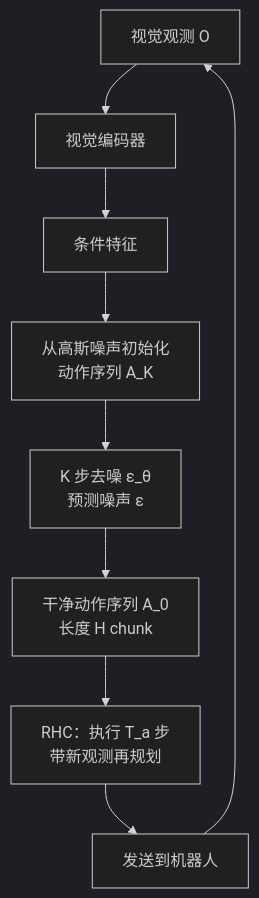
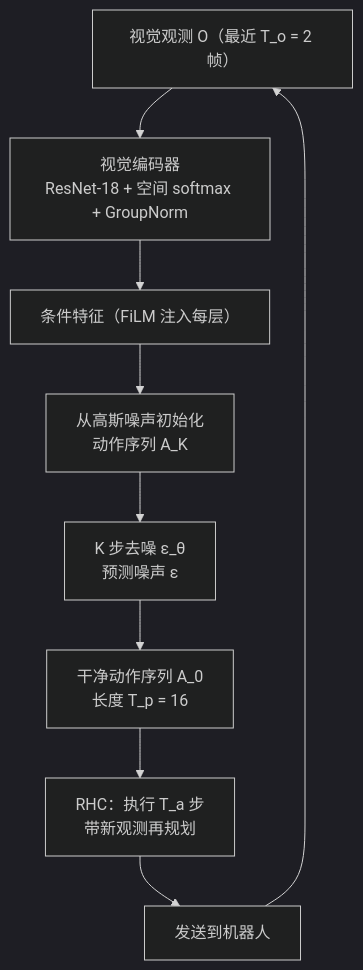
One commit to ImChong/Robot_Learning_Paper_Notebooks changed the first of 3 diagrams in papers/01_Foundational_RL/Diffusion_Policy/Diffusion_Policy.md. Above: the diagram before and after it, drawn with Mermaid (dark theme). The commit also changed other lines of this file and 2 other files, not shown here.

```diff
--- a/papers/01_Foundational_RL/Diffusion_Policy/Diffusion_Policy.md
+++ b/papers/01_Foundational_RL/Diffusion_Policy/Diffusion_Policy.md
@@ -172,11 +319,11 @@
 <div class="mermaid">
 flowchart TB
-    O["视觉观测 O"] --> Enc["视觉编码器"]
-    Enc --> Cond["条件特征"]
+    O["视觉观测 O（最近 T_o = 2 帧）"] --> Enc["视觉编码器<br/>ResNet-18 + 空间 softmax + GroupNorm"]
+    Enc --> Cond["条件特征（FiLM 注入每层）"]
     Cond --> S0["从高斯噪声初始化<br/>动作序列 A_K"]
     S0 --> Denoise["K 步去噪 ε_θ<br/>预测噪声 ε"]
-    Denoise --> Ak["干净动作序列 A_0<br/>长度 H chunk"]
+    Denoise --> Ak["干净动作序列 A_0<br/>长度 T_p = 16"]
     Ak --> RHC["RHC：执行 T_a 步<br/>带新观测再规划"]
     RHC --> Exec["发送到机器人"]
     Exec --> O
 </div>
```
